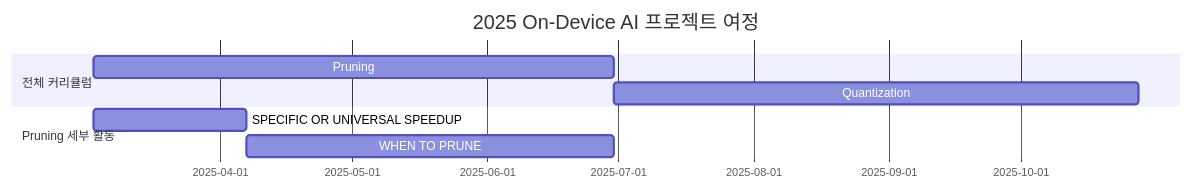
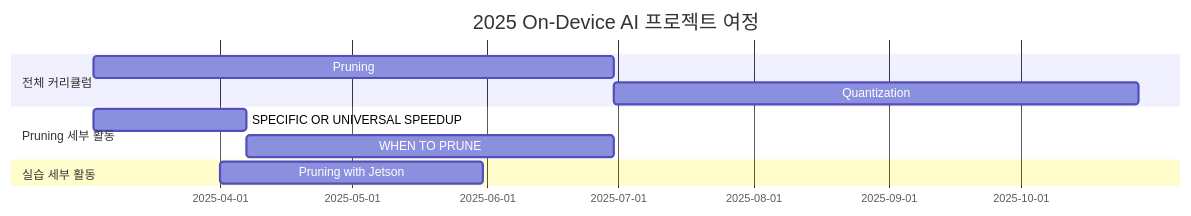
Before and after one commit to Pseudo-Lab/On-Device-AI_On-The-AIr: the diagram in README.md, drawn with Mermaid. The commit also changed other lines of this file, not shown here.

````diff
--- a/README.md
+++ b/README.md
@@ -38,11 +49,14 @@
 ```mermaid
 gantt
     title 2025 On-Device AI 프로젝트 여정
     section 전체 커리큘럼
     Pruning      :a1, 2025-03-03, 119d
     Quantization :a2, after a1, 120d
 
     section Pruning 세부 활동
     SPECIFIC OR UNIVERSAL SPEEDUP   :b1, 2025-03-03, 35d
     WHEN TO PRUNE                   :b2, after b1, 84d
+
+    section 실습 세부 활동
+    Pruning with Jetson  :c1, 2025-04-01, 60d
 ```
````
